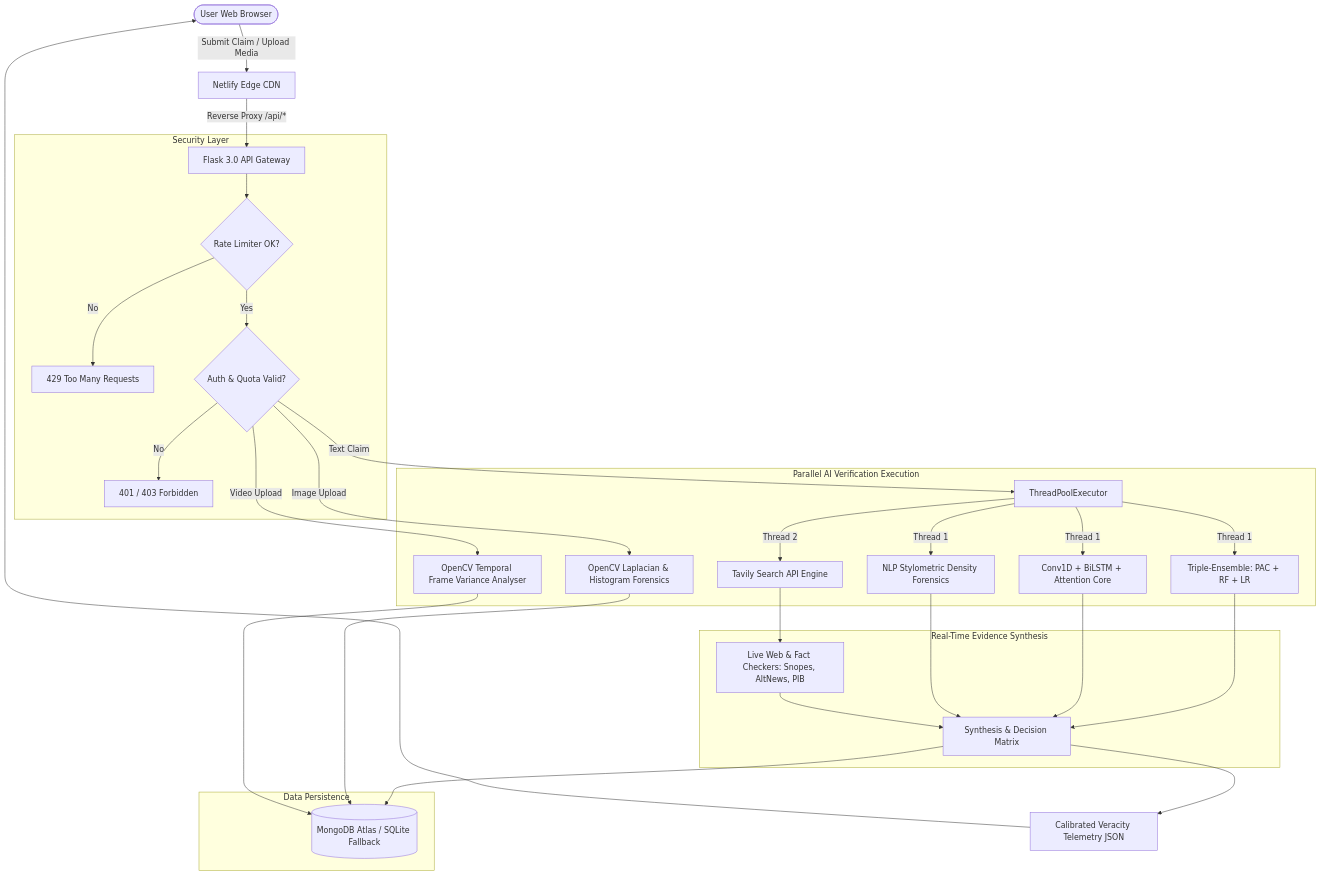
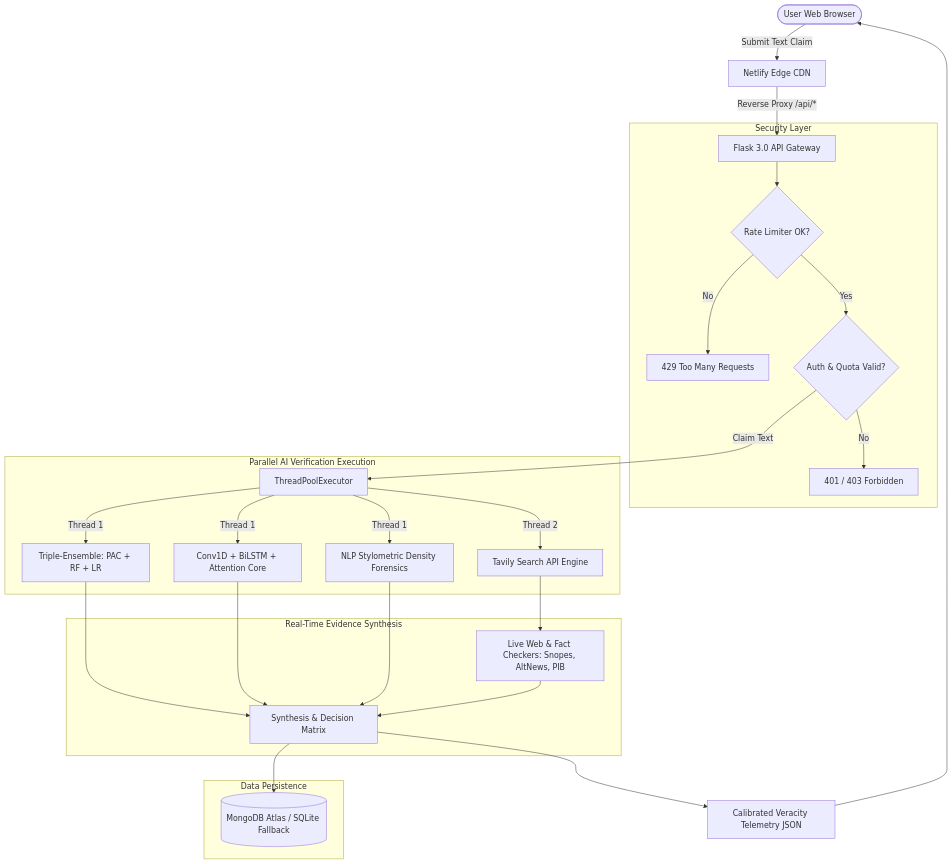
Before and after one commit to Raj-Rathod-Ai/Fake-News-Detection-Using-DL-Real-time: the diagram in README.md, drawn with Mermaid. The commit also changed other lines of this file, not shown here.

Commit message:
docs: align README strictly to text news fake news detection using ML and NLP

````diff
--- a/README.md
+++ b/README.md
@@ -353,40 +346,35 @@
 ```mermaid
 flowchart TD
-    UserClient([User Web Browser]) -->|Submit Claim / Upload Media| CDN[Netlify Edge CDN]
+    UserClient([User Web Browser]) -->|Submit Text Claim| CDN[Netlify Edge CDN]
     CDN -->|Reverse Proxy /api/*| FlaskGateway[Flask 3.0 API Gateway]
     
     subgraph Security Layer
         FlaskGateway --> RateLimiter{Rate Limiter OK?}
         RateLimiter -->|No| Reject429[429 Too Many Requests]
         RateLimiter -->|Yes| AuthCheck{Auth & Quota Valid?}
         AuthCheck -->|No| RejectAuth[401 / 403 Forbidden]
     end
     
     subgraph Parallel AI Verification Execution
-        AuthCheck -->|Text Claim| WorkerPool[ThreadPoolExecutor]
+        AuthCheck -->|Claim Text| WorkerPool[ThreadPoolExecutor]
         WorkerPool -->|Thread 1| EnsembleEngine[Triple-Ensemble: PAC + RF + LR]
         WorkerPool -->|Thread 1| DeepLearningCore[Conv1D + BiLSTM + Attention Core]
         WorkerPool -->|Thread 1| StylometricNLP[NLP Stylometric Density Forensics]
         WorkerPool -->|Thread 2| TavilyGrounding[Tavily Search API Engine]
-        
-        AuthCheck -->|Image Upload| CVImage[OpenCV Laplacian & Histogram Forensics]
-        AuthCheck -->|Video Upload| CVVideo[OpenCV Temporal Frame Variance Analyser]
     end
     
     subgraph Real-Time Evidence Synthesis
         TavilyGrounding --> LiveWeb[Live Web & Fact Checkers: Snopes, AltNews, PIB]
         EnsembleEngine --> Synthesizer[Synthesis & Decision Matrix]
         DeepLearningCore --> Synthesizer
         StylometricNLP --> Synthesizer
         LiveWeb --> Synthesizer
     end
     
     subgraph Data Persistence
         Synthesizer --> DBWrite[(MongoDB Atlas / SQLite Fallback)]
-        CVImage --> DBWrite
-        CVVideo --> DBWrite
     end
     
     Synthesizer --> JSONPayload[Calibrated Veracity Telemetry JSON]
     JSONPayload --> UserClient
 ```
````
